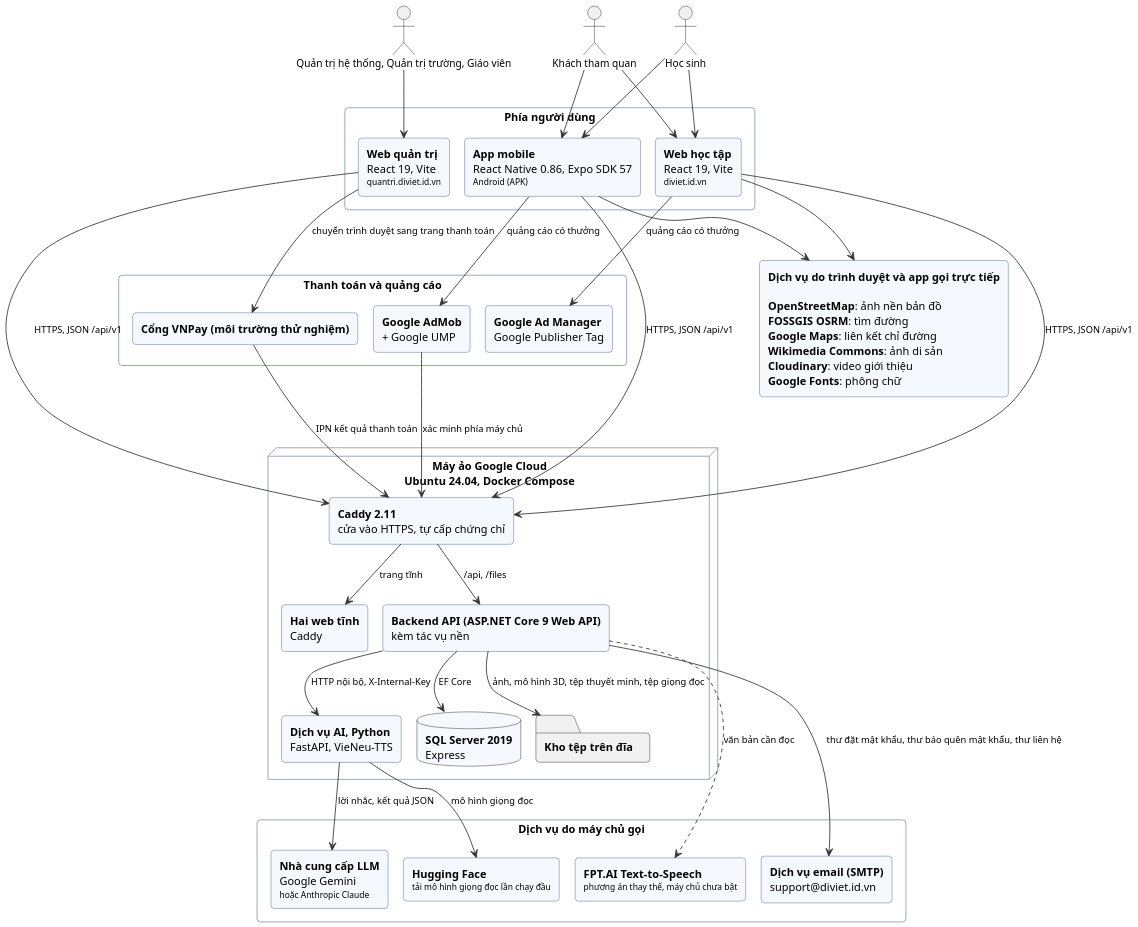
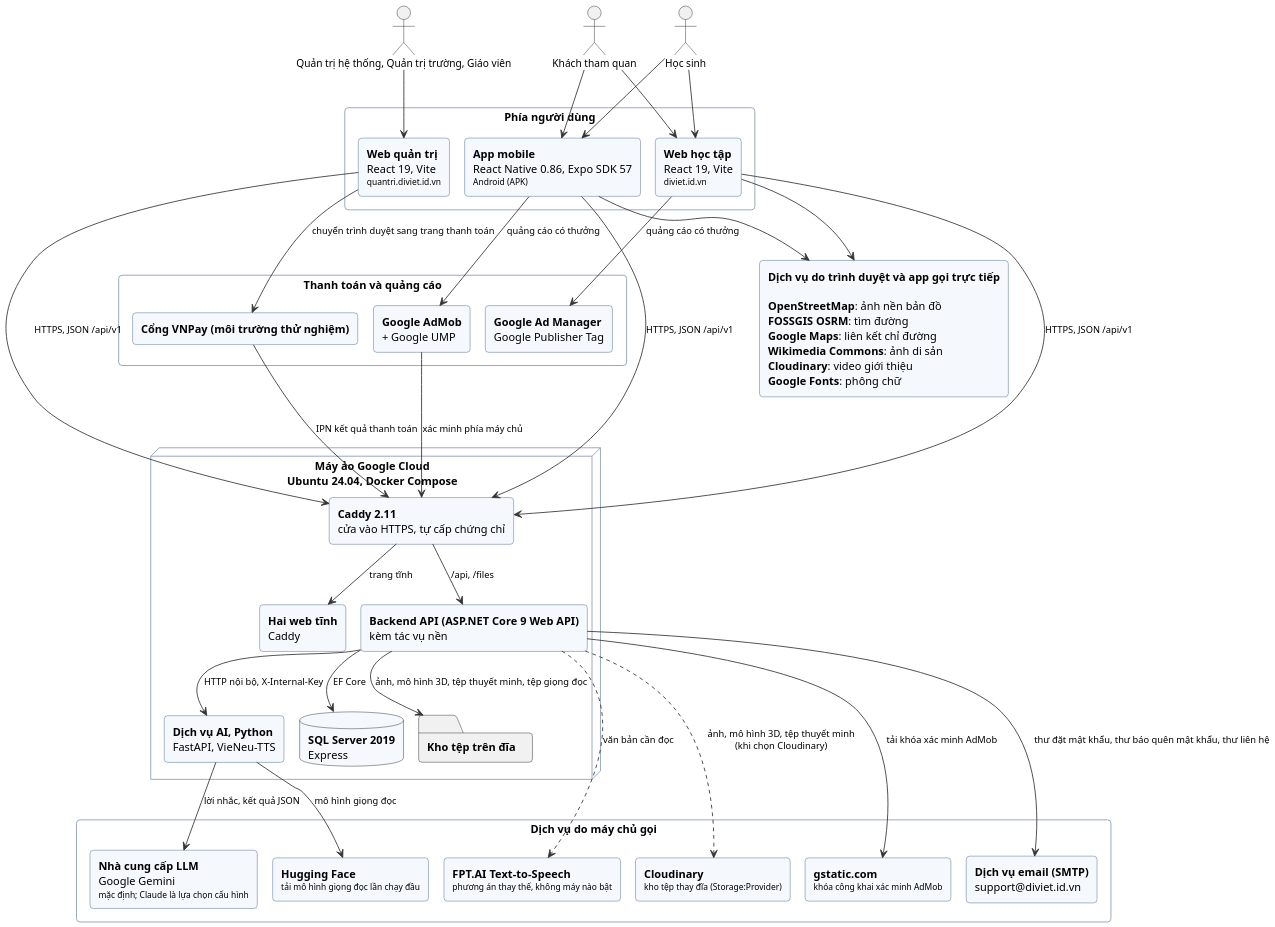
Before and after one commit to Nho2708/BE_Cultural_Heritage-: the diagram in docs/so-do/vi/kien-truc-he-thong.puml, drawn with PlantUML. The commit also changed 23 other files, not shown here.

First line of the commit message:
Update design diagrams and database overview to the current behavior (#50)

```diff
--- a/docs/so-do/vi/kien-truc-he-thong.puml
+++ b/docs/so-do/vi/kien-truc-he-thong.puml
@@ -1,96 +1,100 @@
 @startuml
 skinparam defaultFontName Arial
 skinparam defaultFontSize 13
 skinparam dpi 150
 skinparam shadowing false
 skinparam roundCorner 8
 skinparam ArrowColor #333333
 skinparam ArrowFontSize 12
 skinparam ActivityBackgroundColor #F5F8FC
 skinparam ActivityBorderColor #3B5B85
 skinparam ActivityDiamondBackgroundColor #FFF6E5
 skinparam ActivityDiamondBorderColor #B7791F
 skinparam SwimlaneTitleFontStyle bold
 skinparam StateBackgroundColor #F5F8FC
 skinparam StateBorderColor #3B5B85
 skinparam ComponentBackgroundColor #F5F8FC
 skinparam ComponentBorderColor #3B5B85
 skinparam NodeBackgroundColor #FFFFFF
 skinparam NodeBorderColor #555555
 skinparam DatabaseBackgroundColor #F5F8FC
 skinparam CloudBackgroundColor #FFFFFF
 skinparam ClassBackgroundColor #FFFFFF
 skinparam ClassBorderColor #3B5B85
 skinparam ClassHeaderBackgroundColor #E8EEF6
 skinparam PackageBorderColor #8A9BB3
 skinparam nodesep 18
 skinparam ranksep 55
 skinparam componentStyle rectangle
 skinparam ArrowFontSize 11
 skinparam PackageStyle rectangle
 skinparam ActorFontSize 12
 
 actor "Quản trị hệ thống, Quản trị trường, Giáo viên" as nguoiQuanTri
 actor "Học sinh" as hocSinh
 actor "Khách tham quan" as khach
 
 package "Phía người dùng" as phiaNguoiDung {
   component "<b>Web quản trị</b>\nReact 19, Vite\n<size:10>quantri.diviet.id.vn</size>" as webQuanTri
   component "<b>Web học tập</b>\nReact 19, Vite\n<size:10>diviet.id.vn</size>" as webHocTap
   component "<b>App mobile</b>\nReact Native 0.86, Expo SDK 57\n<size:10>Android (APK)</size>" as app
 }
 
 node "<b>Máy ảo Google Cloud</b>\nUbuntu 24.04, Docker Compose" as mayAo {
   component "<b>Caddy 2.11</b>\ncửa vào HTTPS, tự cấp chứng chỉ" as edge
   component "<b>Hai web tĩnh</b>\nCaddy" as web
   component "<b>Backend API (ASP.NET Core 9 Web API)</b>\nkèm tác vụ nền" as api
   component "<b>Dịch vụ AI, Python</b>\nFastAPI, VieNeu-TTS" as ai
   database "<b>SQL Server 2019</b>\nExpress" as sql
   folder "<b>Kho tệp trên đĩa</b>" as kho
 }
 
 rectangle "Dịch vụ do máy chủ gọi" as ngoaiMayChu {
-  component "<b>Nhà cung cấp LLM</b>\nGoogle Gemini\n<size:10>hoặc Anthropic Claude</size>" as llm
+  component "<b>Nhà cung cấp LLM</b>\nGoogle Gemini\n<size:10>mặc định; Claude là lựa chọn cấu hình</size>" as llm
   component "<b>Dịch vụ email (SMTP)</b>\nsupport@diviet.id.vn" as smtp
   component "<b>Hugging Face</b>\n<size:10>tải mô hình giọng đọc lần chạy đầu</size>" as hf
-  component "<b>FPT.AI Text-to-Speech</b>\n<size:10>phương án thay thế, máy chủ chưa bật</size>" as fpt
+  component "<b>FPT.AI Text-to-Speech</b>\n<size:10>phương án thay thế, không máy nào bật</size>" as fpt
+  component "<b>Cloudinary</b>\n<size:10>kho tệp thay đĩa (Storage:Provider)</size>" as cloudinaryKho
+  component "<b>gstatic.com</b>\n<size:10>khóa công khai xác minh AdMob</size>" as gstatic
 }
 
 rectangle "Thanh toán và quảng cáo" as thanhToanQuangCao {
   component "<b>Cổng VNPay (môi trường thử nghiệm)</b>" as vnpay
   component "<b>Google AdMob</b>\n+ Google UMP" as admob
   component "<b>Google Ad Manager</b>\nGoogle Publisher Tag" as adManager
 }
 
 component "<b>Dịch vụ do trình duyệt và app gọi trực tiếp</b>\n\n<b>OpenStreetMap</b>: ảnh nền bản đồ\n<b>FOSSGIS OSRM</b>: tìm đường\n<b>Google Maps</b>: liên kết chỉ đường\n<b>Wikimedia Commons</b>: ảnh di sản\n<b>Cloudinary</b>: video giới thiệu\n<b>Google Fonts</b>: phông chữ" as ngoaiTrinhDuyet
 
 nguoiQuanTri --> webQuanTri
 hocSinh --> webHocTap
 hocSinh --> app
 khach --> webHocTap
 khach --> app
 
 webQuanTri --> edge : HTTPS, JSON /api/v1
 webHocTap --> edge : HTTPS, JSON /api/v1
 app --> edge : HTTPS, JSON /api/v1
 
 edge --> web : trang tĩnh
 edge --> api : /api, /files
 api --> sql : EF Core
 api --> kho : ảnh, mô hình 3D, tệp thuyết minh, tệp giọng đọc
 api --> ai : HTTP nội bộ, X-Internal-Key
 
 ai --> llm : lời nhắc, kết quả JSON
 ai --> hf : mô hình giọng đọc
 api --> smtp : thư đặt mật khẩu, thư báo quên mật khẩu, thư liên hệ
 api ..> fpt : văn bản cần đọc
+api ..> cloudinaryKho : ảnh, mô hình 3D, tệp thuyết minh\n(khi chọn Cloudinary)
+api --> gstatic : tải khóa xác minh AdMob
 
 webQuanTri --> vnpay : chuyển trình duyệt sang trang thanh toán
 vnpay --> edge : IPN kết quả thanh toán
 app --> admob : quảng cáo có thưởng
 admob --> edge : xác minh phía máy chủ
 webHocTap --> adManager : quảng cáo có thưởng
 
 webHocTap --> ngoaiTrinhDuyet
 app --> ngoaiTrinhDuyet
 @enduml
```
